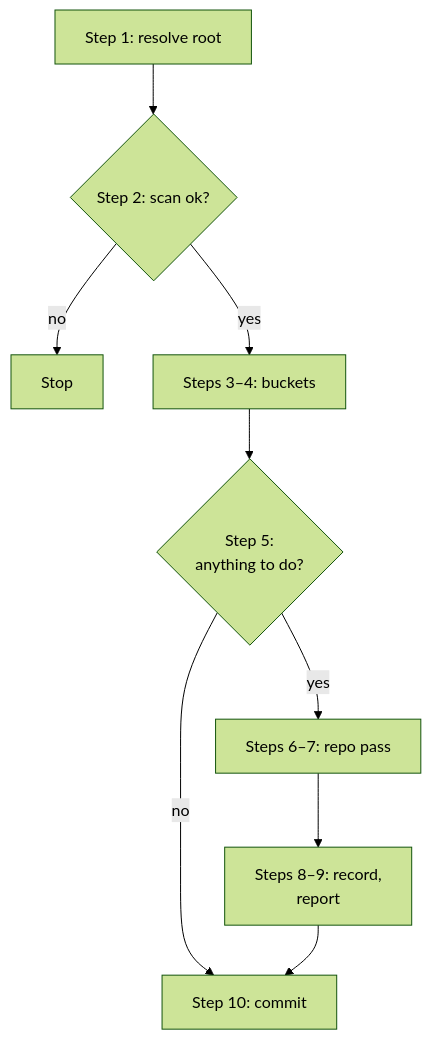
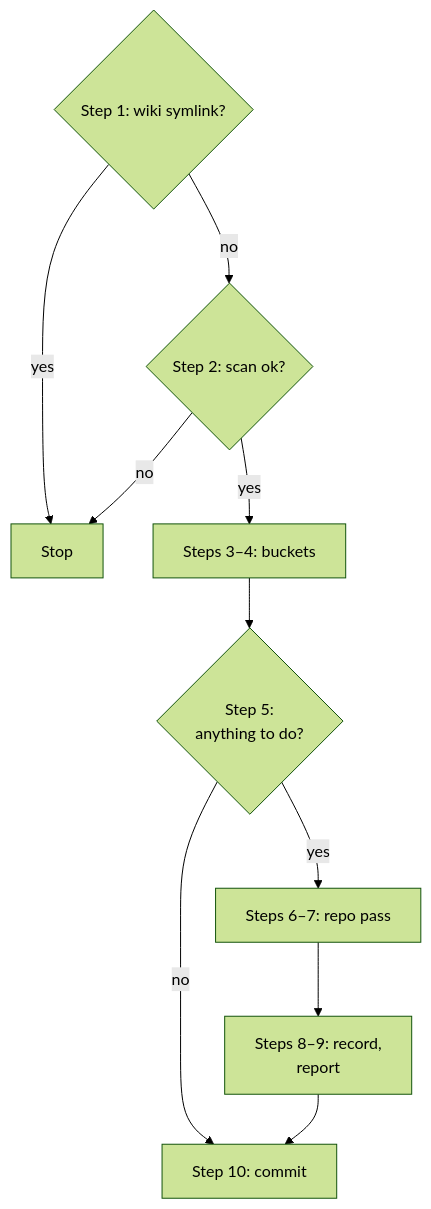
The second of 3 diagrams in context/commands/refresh-wiki.md (damusix/atomic-claude), drawn with Mermaid (forest theme) before and after one commit. The commit also changed other lines of this file and 145 other files, not shown here.

````diff
--- a/context/commands/refresh-wiki.md
+++ b/context/commands/refresh-wiki.md
@@ -183,11 +183,12 @@
 ```mermaid
 flowchart TD
-    R["Step 1: resolve root"] --> S{"Step 2: scan ok?"}
-    S -->|no| X["Stop"]
+    R{"Step 1: wiki symlink?"} -->|yes| X["Stop"]
+    R -->|no| S{"Step 2: scan ok?"}
+    S -->|no| X
     S -->|yes| B["Steps 3–4: buckets"]
     B --> A{"Step 5:<br/>anything to do?"}
     A -->|no| C["Step 10: commit"]
     A -->|yes| P["Steps 6–7: repo pass"]
     P --> K["Steps 8–9: record,<br/>report"]
     K --> C
 ```
````
